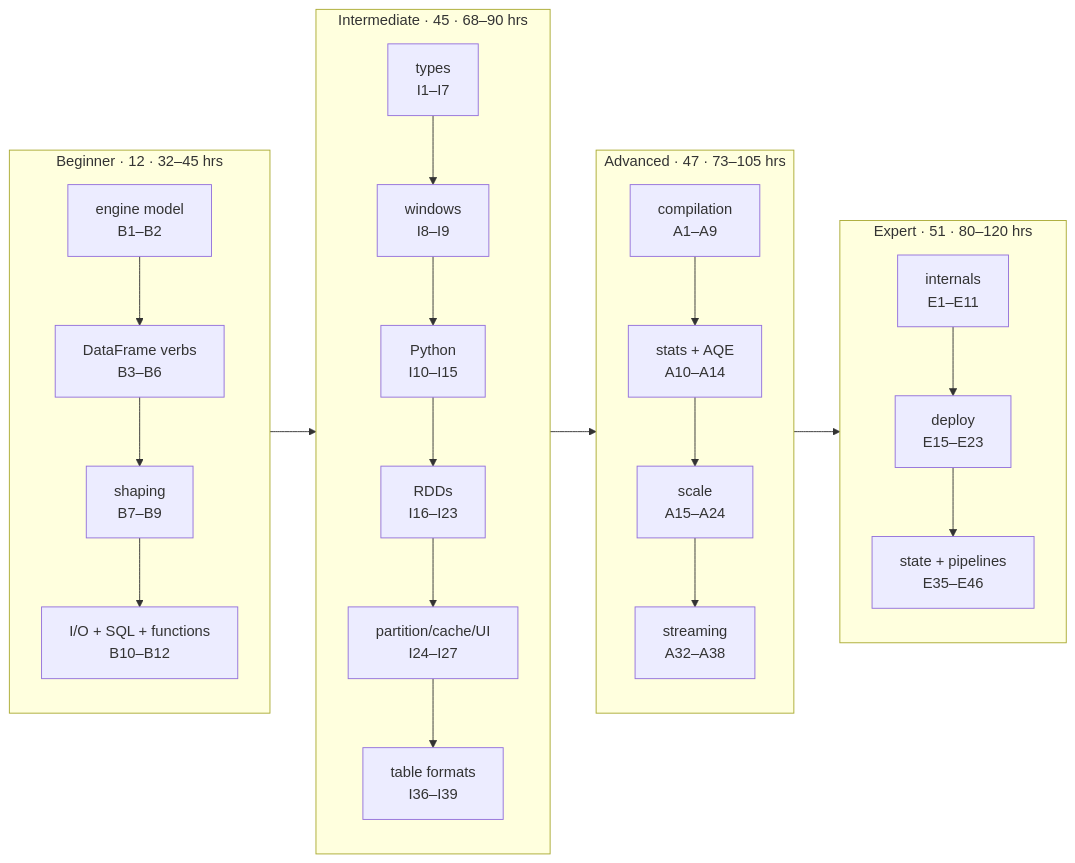
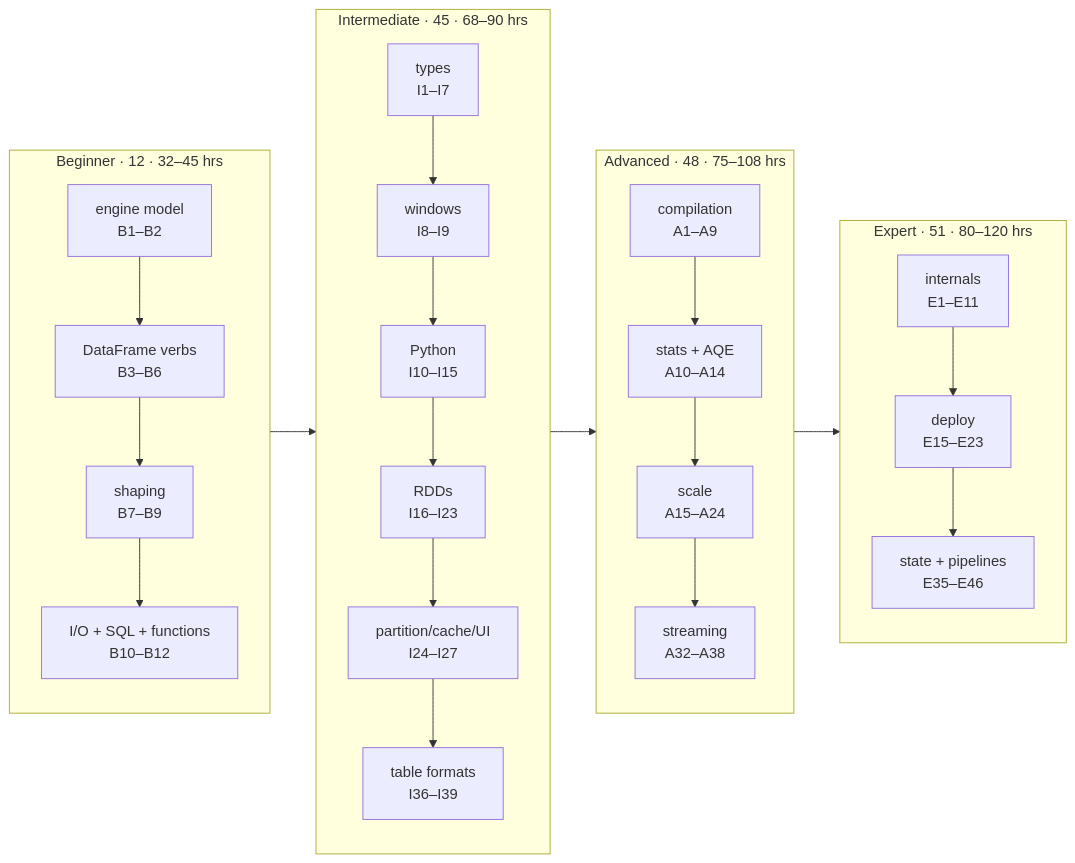
The second of 2 diagrams in docs/learning-path-v2.md (arindamchoudhury/spark-gyan), drawn with Mermaid before and after one commit. The commit also changed other lines of this file, not shown here.

````diff
--- a/docs/learning-path-v2.md
+++ b/docs/learning-path-v2.md
@@ -2303,16 +2317,16 @@
 ```mermaid
 flowchart LR
     subgraph BEG["Beginner · 12 · 32–45 hrs"]
       B1["engine model<br/>B1–B2"] --> B2["DataFrame verbs<br/>B3–B6"] --> B3["shaping<br/>B7–B9"] --> B4["I/O + SQL + functions<br/>B10–B12"]
     end
     subgraph INT["Intermediate · 45 · 68–90 hrs"]
       I1["types<br/>I1–I7"] --> I2["windows<br/>I8–I9"] --> I3["Python<br/>I10–I15"] --> I4["RDDs<br/>I16–I23"] --> I5["partition/cache/UI<br/>I24–I27"] --> I6["table formats<br/>I36–I39"]
     end
-    subgraph ADV["Advanced · 47 · 73–105 hrs"]
+    subgraph ADV["Advanced · 48 · 75–108 hrs"]
       A1["compilation<br/>A1–A9"] --> A2["stats + AQE<br/>A10–A14"] --> A3["scale<br/>A15–A24"] --> A4["streaming<br/>A32–A38"]
     end
     subgraph EXP["Expert · 51 · 80–120 hrs"]
       E1["internals<br/>E1–E11"] --> E2["deploy<br/>E15–E23"] --> E3["state + pipelines<br/>E35–E46"]
     end
     BEG --> INT --> ADV --> EXP
 ```
````
